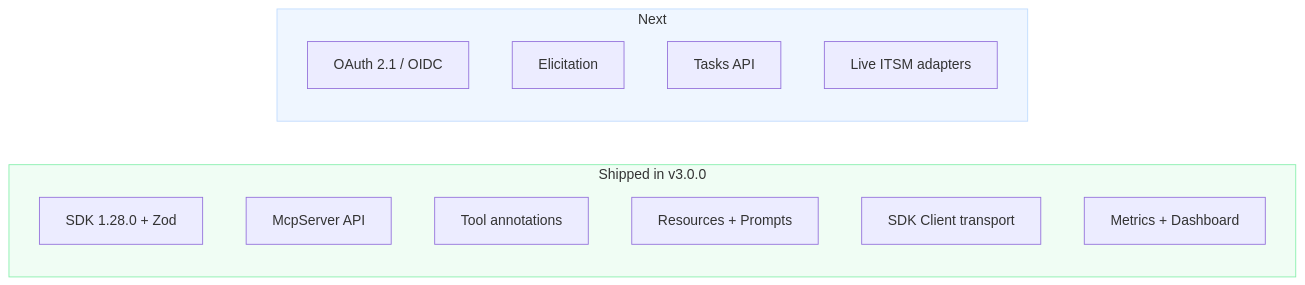
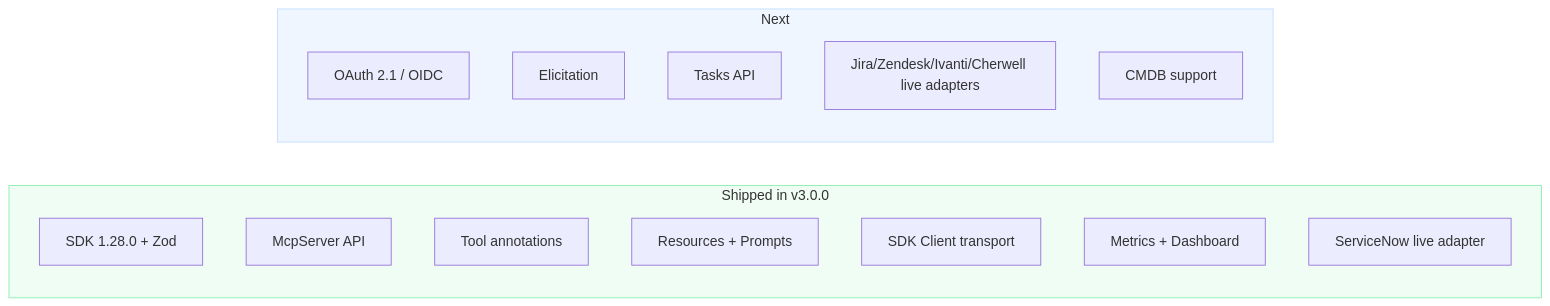
Before and after one commit to madosh/MCP-ITSM: the ninth of 9 diagrams in README.md, drawn with Mermaid. The commit also changed other lines of this file and 5 other files, not shown here.

First line of the commit message:
Add ServiceNow live adapter for ITSM tools

````diff
--- a/README.md
+++ b/README.md
@@ -607,19 +641,21 @@
 ```mermaid
 graph LR
     subgraph Done["Shipped in v3.0.0"]
         D1["SDK 1.28.0 + Zod"]
         D2["McpServer API"]
         D3["Tool annotations"]
         D4["Resources + Prompts"]
         D5["SDK Client transport"]
         D6["Metrics + Dashboard"]
+        D7["ServiceNow live adapter"]
     end
     subgraph Next["Next"]
         N1["OAuth 2.1 / OIDC"]
         N2["Elicitation"]
         N3["Tasks API"]
-        N4["Live ITSM adapters"]
+        N4["Jira/Zendesk/Ivanti/Cherwell live adapters"]
+        N5["CMDB support"]
     end
     style Done fill:#f0fdf4,stroke:#86efac
     style Next fill:#eff6ff,stroke:#bfdbfe
 ```
````
